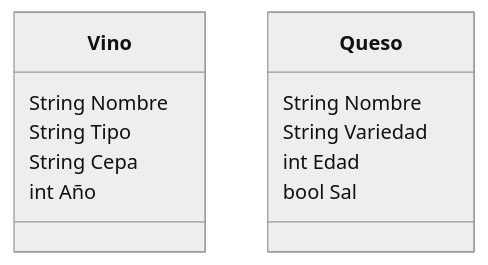
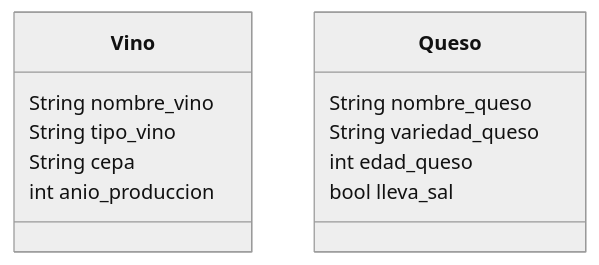
Before and after one commit to bk320/psg-oop-2025: the diagram in retos_sesion_02/ejercicio_02.md, drawn with Mermaid (neutral theme). The commit also changed other lines of this file and 3 other files, not shown here.

````diff
--- a/retos_sesion_02/ejercicio_02.md
+++ b/retos_sesion_02/ejercicio_02.md
@@ -45,16 +67,16 @@
 ```mermaid
 classDiagram
     class Vino {
-        String Nombre
-        String Tipo
-        String Cepa
-        int Año
+        String nombre_vino 
+        String tipo_vino
+        String cepa
+        int anio_produccion
     }
 
     class Queso {
-        String Nombre
-        String Variedad
-        int Edad
-        bool Sal
+        String nombre_queso
+        String variedad_queso
+        int edad_queso
+        bool lleva_sal
     }
 ```
````
